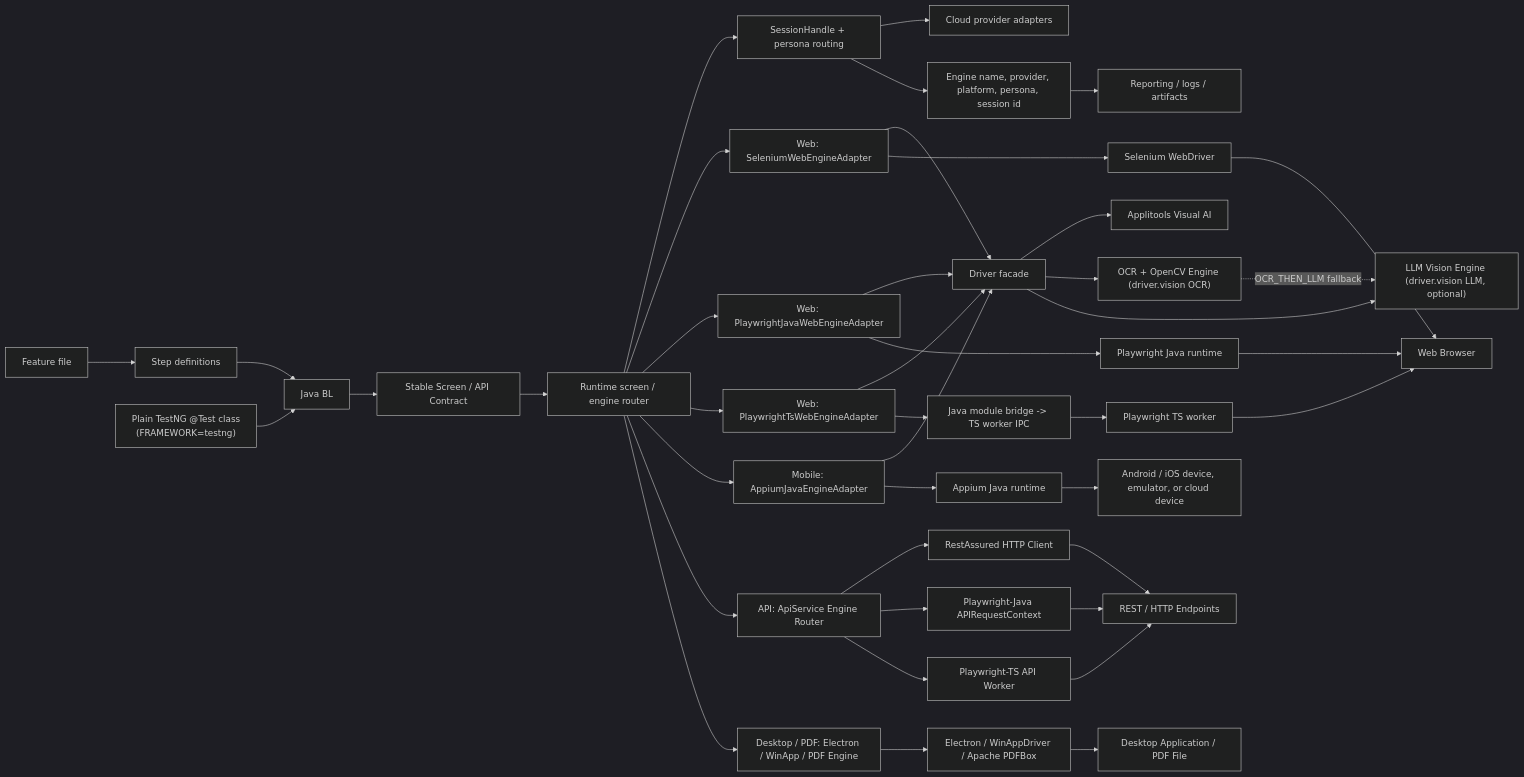
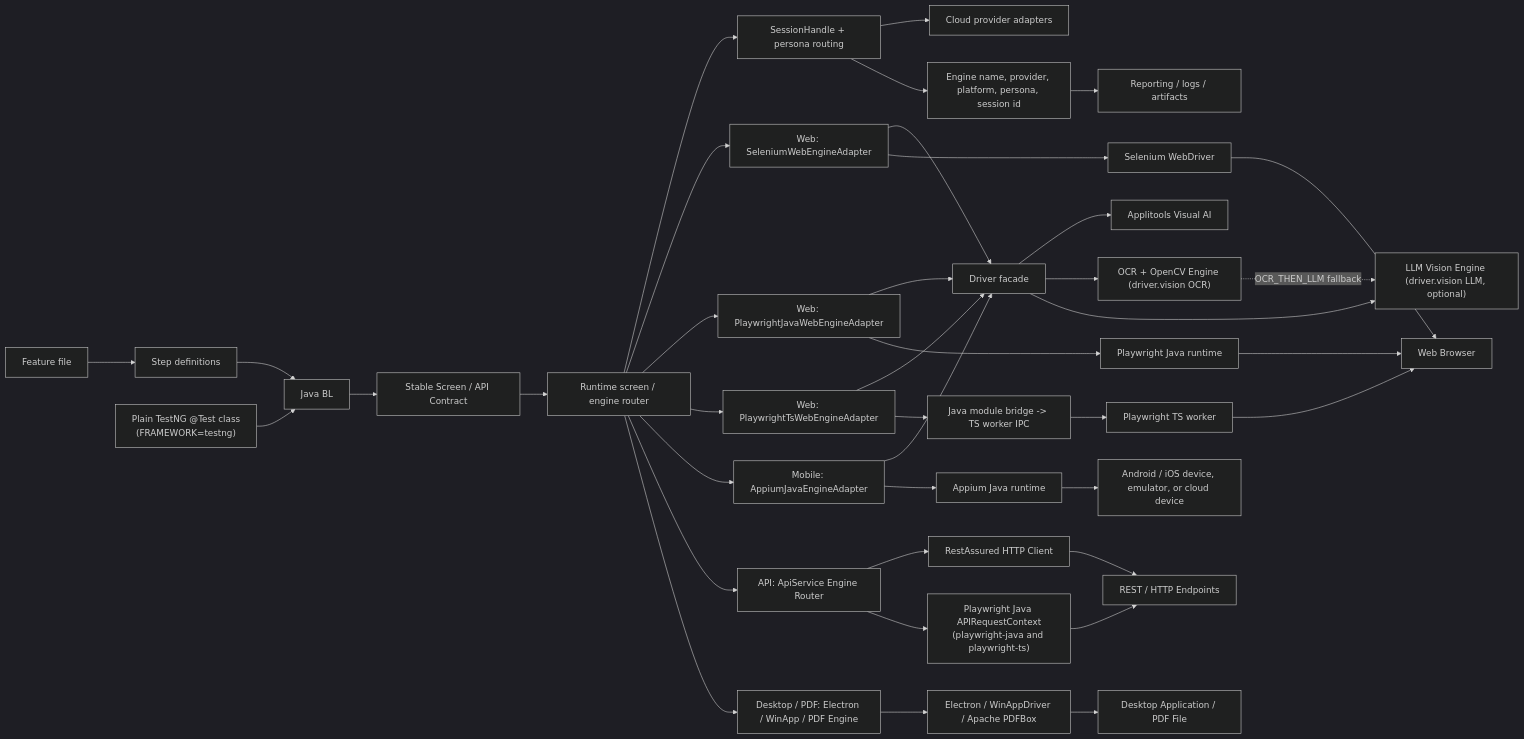
The first of 5 diagrams in docs/architecture-and-internals/architecture-notes.md (anandbagmar/teswiz), drawn with Mermaid (dark theme) before and after one commit. The commit also changed 7 other files, not shown here.

First line of the commit message:
Cover playwright-ts in API contract test; fix API engine docs

````diff
--- a/docs/architecture-and-internals/architecture-notes.md
+++ b/docs/architecture-and-internals/architecture-notes.md
@@ -62,51 +62,49 @@
 ```mermaid
 flowchart LR
     F[Feature file] --> S[Step definitions]
     S --> BL[Java BL]
     TNG["Plain TestNG @Test class<br/>(FRAMEWORK=testng)"] --> BL
     BL --> SC[Stable Screen / API Contract]
     SC --> ROUTER[Runtime screen / engine router]
 
     ROUTER --> SH[SessionHandle + persona routing]
     SH --> CLOUD["Cloud provider adapters"]
 
     ROUTER --> WSEL[Web: SeleniumWebEngineAdapter]
     ROUTER --> WPJ[Web: PlaywrightJavaWebEngineAdapter]
     ROUTER --> WPTS[Web: PlaywrightTsWebEngineAdapter]
     ROUTER --> MAPP[Mobile: AppiumJavaEngineAdapter]
     ROUTER --> APIE[API: ApiService Engine Router]
     ROUTER --> DSK[Desktop / PDF: Electron / WinApp / PDF Engine]
 
     %% Cross-cutting subsystems are invoked through the active Driver facade
     %% (which the engine adapters back), not routed by SessionHandle.
     WSEL --> DRV["Driver facade"]
     WPJ --> DRV
     WPTS --> DRV
     MAPP --> DRV
     DRV --> VIS["Applitools Visual AI"]
     DRV --> OCR["OCR + OpenCV Engine (driver.vision OCR)"]
     DRV --> LLMV["LLM Vision Engine (driver.vision LLM, optional)"]
     OCR -.->|OCR_THEN_LLM fallback| LLMV
 
     WSEL --> WD[Selenium WebDriver]
     WPJ --> PWJ[Playwright Java runtime]
     WPTS --> IPC[Java module bridge -> TS worker IPC]
     IPC --> PWT[Playwright TS worker]
     MAPP --> APP[Appium Java runtime]
     APIE --> RA[RestAssured HTTP Client]
-    APIE --> PWJ_A[Playwright-Java APIRequestContext]
-    APIE --> PWTS_A[Playwright-TS API Worker]
+    APIE --> PWJ_A["Playwright Java APIRequestContext<br/>(playwright-java and playwright-ts)"]
     DSK --> ELE[Electron / WinAppDriver / Apache PDFBox]
 
     WD --> B[Web Browser]
     PWJ --> B
     PWT --> B
     APP --> D[Android / iOS device, emulator, or cloud device]
     RA --> API_END[REST / HTTP Endpoints]
     PWJ_A --> API_END
-    PWTS_A --> API_END
     ELE --> APP_DESK[Desktop Application / PDF File]
 
     SH --> META[Engine name, provider, platform, persona, session id]
     META --> REP["Reporting / logs / artifacts"]
 ```
````
